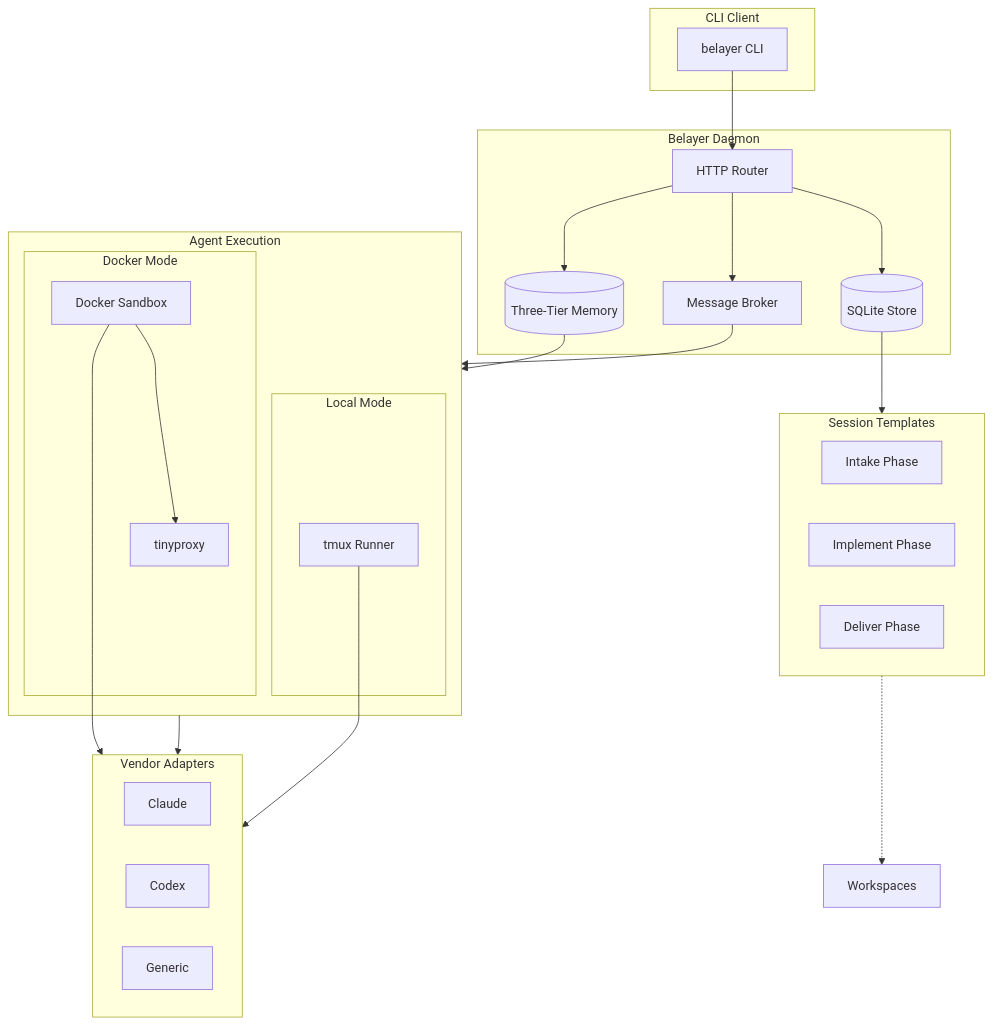
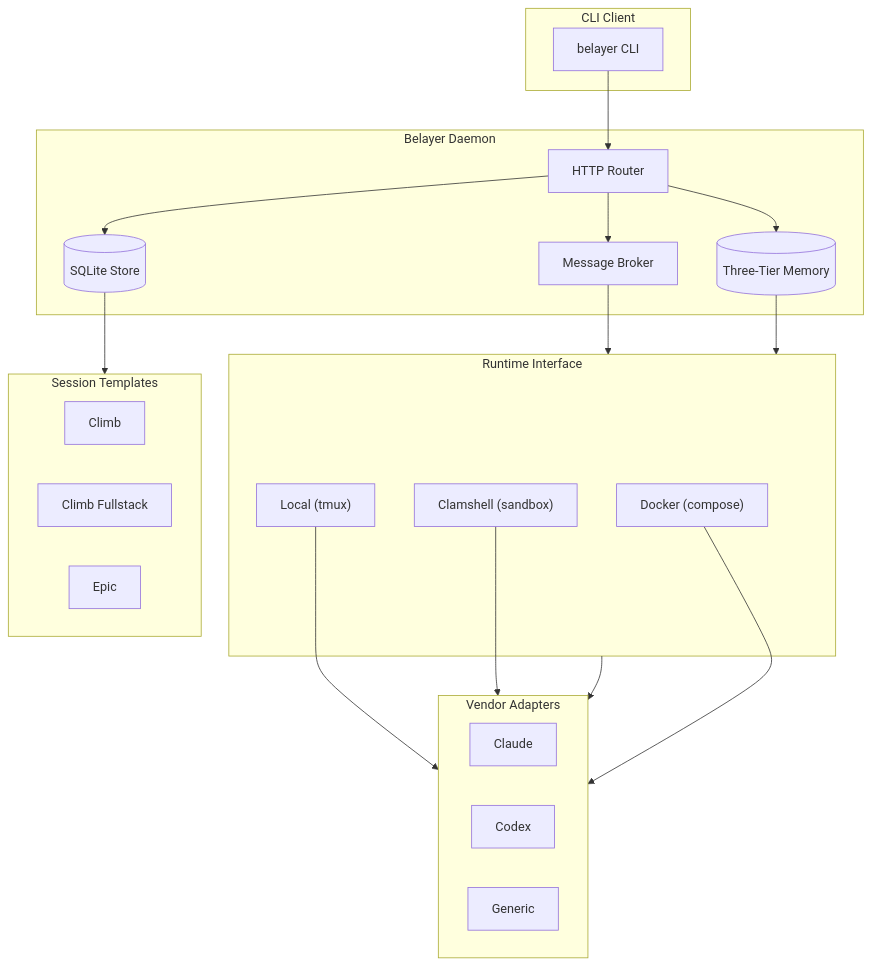
One commit to donovan-yohan/belayer changed the first of 2 diagrams in README.md. Above: the diagram before and after it, drawn with Mermaid. The commit also changed other lines of this file and 2 other files, not shown here.

First line of the commit message:
docs: update README, ARCHITECTURE, and DESIGN for clamshell-based runtime

````diff
--- a/README.md
+++ b/README.md
@@ -46,53 +49,46 @@
 ```mermaid
 flowchart TB
     subgraph Client["CLI Client"]
         CLI["belayer CLI"]
     end
 
     subgraph Daemon["Belayer Daemon"]
         HTTP["HTTP Router"]
         Store[("SQLite Store")]
         Broker["Message Broker"]
         Memory[("Three-Tier Memory")]
     end
 
     subgraph Templates["Session Templates"]
-        Intake["Intake Phase"]
-        Implement["Implement Phase"]
-        Deliver["Deliver Phase"]
+        Climb["Climb"]
+        ClimbFS["Climb Fullstack"]
+        Epic["Epic"]
     end
 
-    subgraph Execution["Agent Execution"]
-        subgraph Local["Local Mode"]
-            Tmux["tmux Runner"]
-        end
-        
-        subgraph DockerMode["Docker Mode"]
-            Sandbox["Docker Sandbox"]
-            Proxy["tinyproxy"]
-        end
+    subgraph Runtime["Runtime Interface"]
+        Local["Local (tmux)"]
+        Clamshell["Clamshell (sandbox)"]
+        Docker["Docker (compose)"]
     end
 
     subgraph Vendors["Vendor Adapters"]
         Claude["Claude"]
         Codex["Codex"]
         Generic["Generic"]
     end
 
     CLI --> HTTP
     HTTP --> Store
     HTTP --> Broker
     HTTP --> Memory
     
     Store --> Templates
-    Broker --> Execution
-    Memory --> Execution
+    Broker --> Runtime
+    Memory --> Runtime
     
-    Execution --> Vendors
+    Runtime --> Vendors
     
-    Templates -.-> Workspaces
-    
-    Tmux --> Vendors
-    Sandbox --> Vendors
-    Sandbox --> Proxy
+    Local --> Vendors
+    Clamshell --> Vendors
+    Docker --> Vendors
 ```
````
